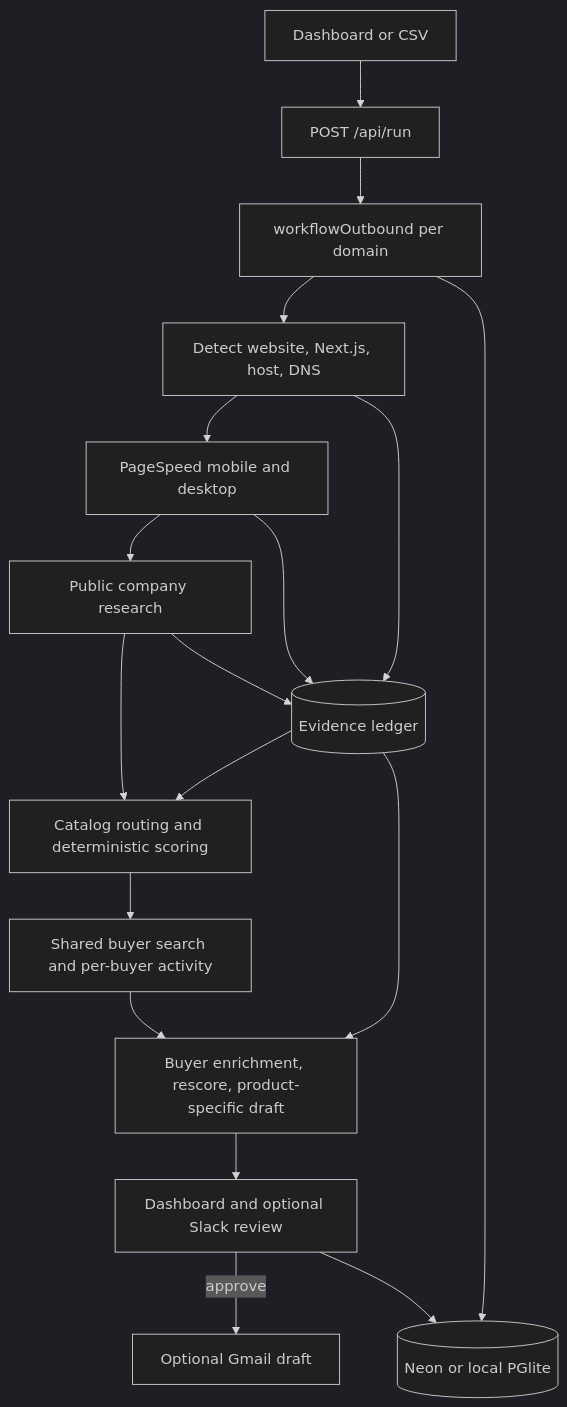
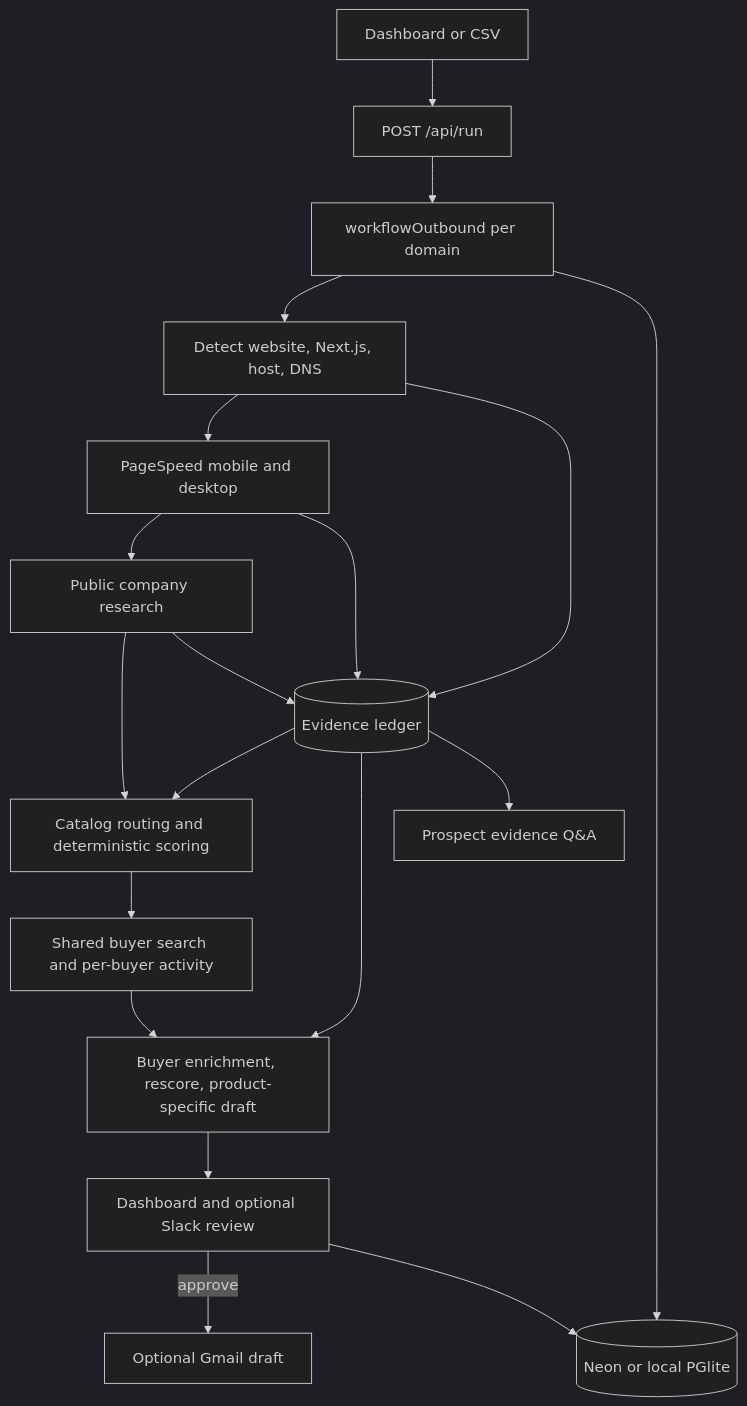
One commit to alvinalaphat/next-prospect changed the diagram in docs/architecture/system.md. Above: the diagram before and after it, drawn with Mermaid (dark theme). The commit also changed other lines of this file and 6 other files, not shown here.

Commit message:
Add evidence-grounded prospect Q&A

````diff
--- a/docs/architecture/system.md
+++ b/docs/architecture/system.md
@@ -9,16 +9,17 @@
 ```mermaid
 flowchart TD
   INPUT[Dashboard or CSV] --> RUN[POST /api/run]
   RUN --> WF[workflowOutbound per domain]
   WF --> DETECT[Detect website, Next.js, host, DNS]
   DETECT --> PERF[PageSpeed mobile and desktop]
   PERF --> RESEARCH[Public company research]
   RESEARCH --> PLAN[Catalog routing and deterministic scoring]
   PLAN --> BUYERS[Shared buyer search and per-buyer activity]
   BUYERS --> ENRICH[Buyer enrichment, rescore, product-specific draft]
   ENRICH --> REVIEW[Dashboard and optional Slack review]
   REVIEW -->|approve| GMAIL[Optional Gmail draft]
   DETECT & PERF & RESEARCH --> LEDGER[(Evidence ledger)]
   LEDGER --> PLAN & ENRICH
+  LEDGER --> ASK[Prospect evidence Q&A]
   WF & REVIEW --> DB[(Neon or local PGlite)]
 ```
````
